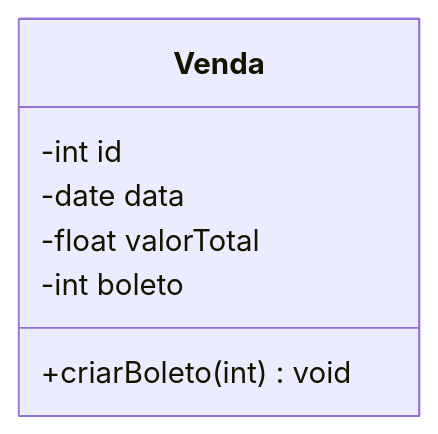
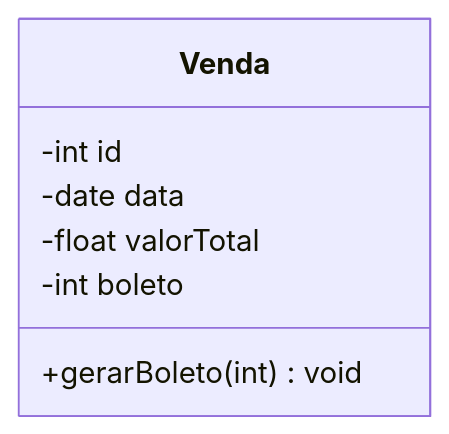
The diagram in venda.md (gabrielriosdias/poojavaceub-grupo2), drawn with Mermaid before and after one commit.

````diff
--- a/venda.md
+++ b/venda.md
@@ -1,10 +1,10 @@
 ```mermaid
 classDiagram
  class Venda {
         -int id
         -date data
         -float valorTotal
         -int boleto
-        +criarBoleto (int) void
+        +gerarBoleto (int) void
  }
 ```
````
